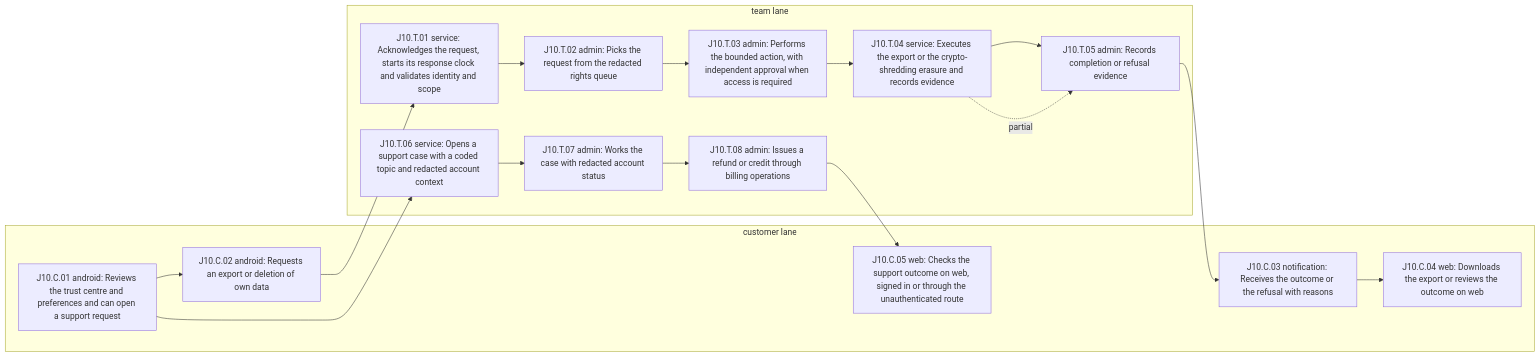
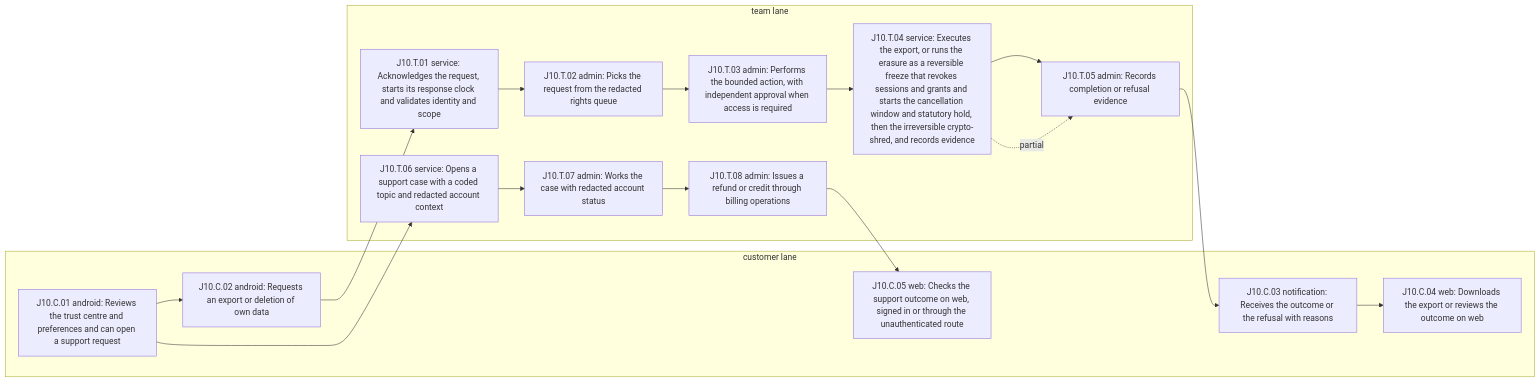
One commit to PenniLogic/docs changed diagram 11 of 13 in product/journey-blueprints.md. Above: the diagram before and after it, drawn with Mermaid. The commit also changed other lines of this file and 2 other files, not shown here.

First line of the commit message:
fix(journeys): name ADR-021 pre-shred erasure cancellation in rights reversals

````diff
--- a/product/journey-blueprints.md
+++ b/product/journey-blueprints.md
@@ -1004,33 +1004,33 @@
 ```mermaid
 flowchart LR
     subgraph customer[customer lane]
         J10_C_01["J10.C.01 android: Reviews the trust centre and preferences and can open a support request"]
         J10_C_02["J10.C.02 android: Requests an export or deletion of own data"]
         J10_C_03["J10.C.03 notification: Receives the outcome or the refusal with reasons"]
         J10_C_04["J10.C.04 web: Downloads the export or reviews the outcome on web"]
         J10_C_05["J10.C.05 web: Checks the support outcome on web, signed in or through the unauthenticated route"]
     end
     subgraph team[team lane]
         J10_T_01["J10.T.01 service: Acknowledges the request, starts its response clock and validates identity and scope"]
         J10_T_02["J10.T.02 admin: Picks the request from the redacted rights queue"]
         J10_T_03["J10.T.03 admin: Performs the bounded action, with independent approval when access is required"]
-        J10_T_04["J10.T.04 service: Executes the export or the crypto-shredding erasure and records evidence"]
+        J10_T_04["J10.T.04 service: Executes the export, or runs the erasure as a reversible freeze that revokes sessions and grants and starts the cancellation window and statutory hold, then the irreversible crypto-shred, and records evidence"]
         J10_T_05["J10.T.05 admin: Records completion or refusal evidence"]
         J10_T_06["J10.T.06 service: Opens a support case with a coded topic and redacted account context"]
         J10_T_07["J10.T.07 admin: Works the case with redacted account status"]
         J10_T_08["J10.T.08 admin: Issues a refund or credit through billing operations"]
     end
     J10_C_01 --> J10_C_02
     J10_C_01 --> J10_T_06
     J10_C_02 --> J10_T_01
     J10_T_01 --> J10_T_02
     J10_T_02 --> J10_T_03
     J10_T_03 --> J10_T_04
     J10_T_04 --> J10_T_05
     J10_T_04 -. partial .-> J10_T_05
     J10_T_05 --> J10_C_03
     J10_C_03 --> J10_C_04
     J10_T_06 --> J10_T_07
     J10_T_07 --> J10_T_08
     J10_T_08 --> J10_C_05
 ```
````
